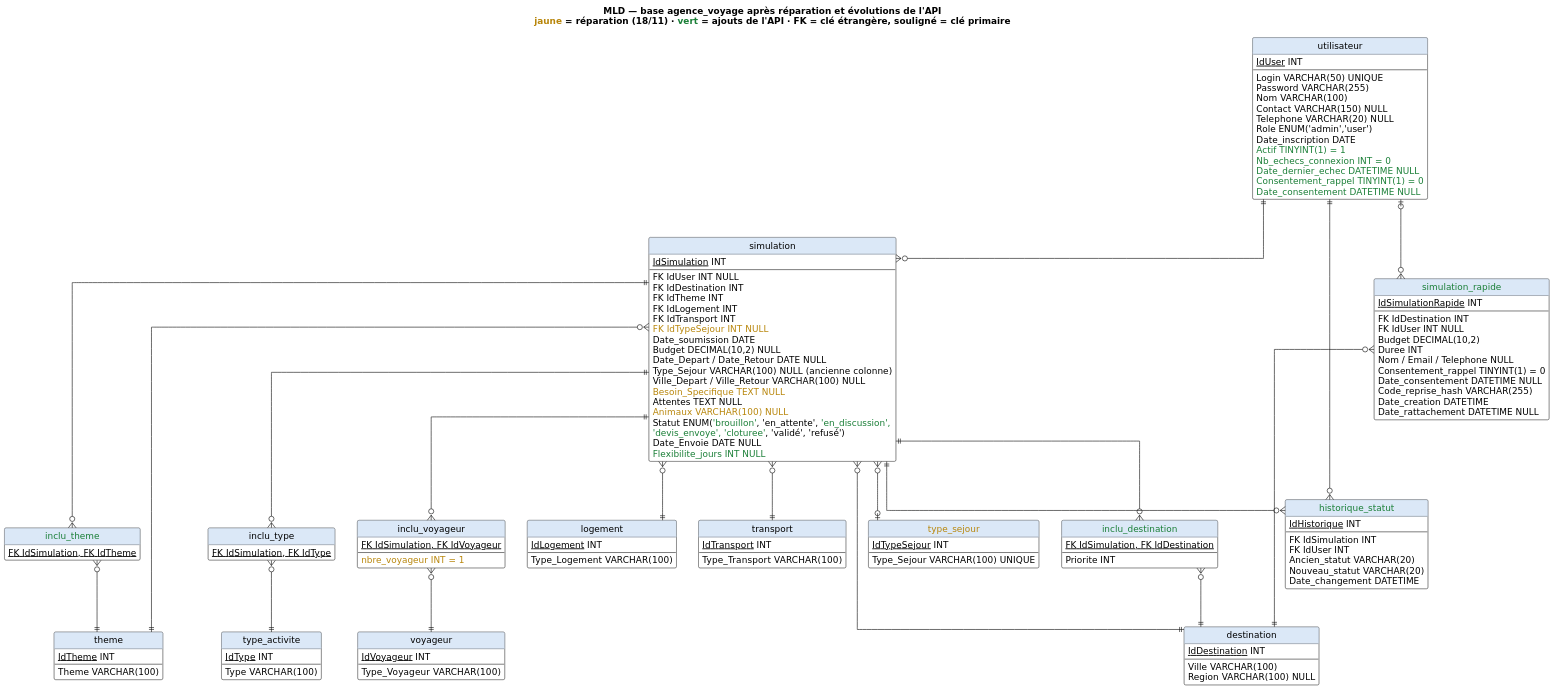
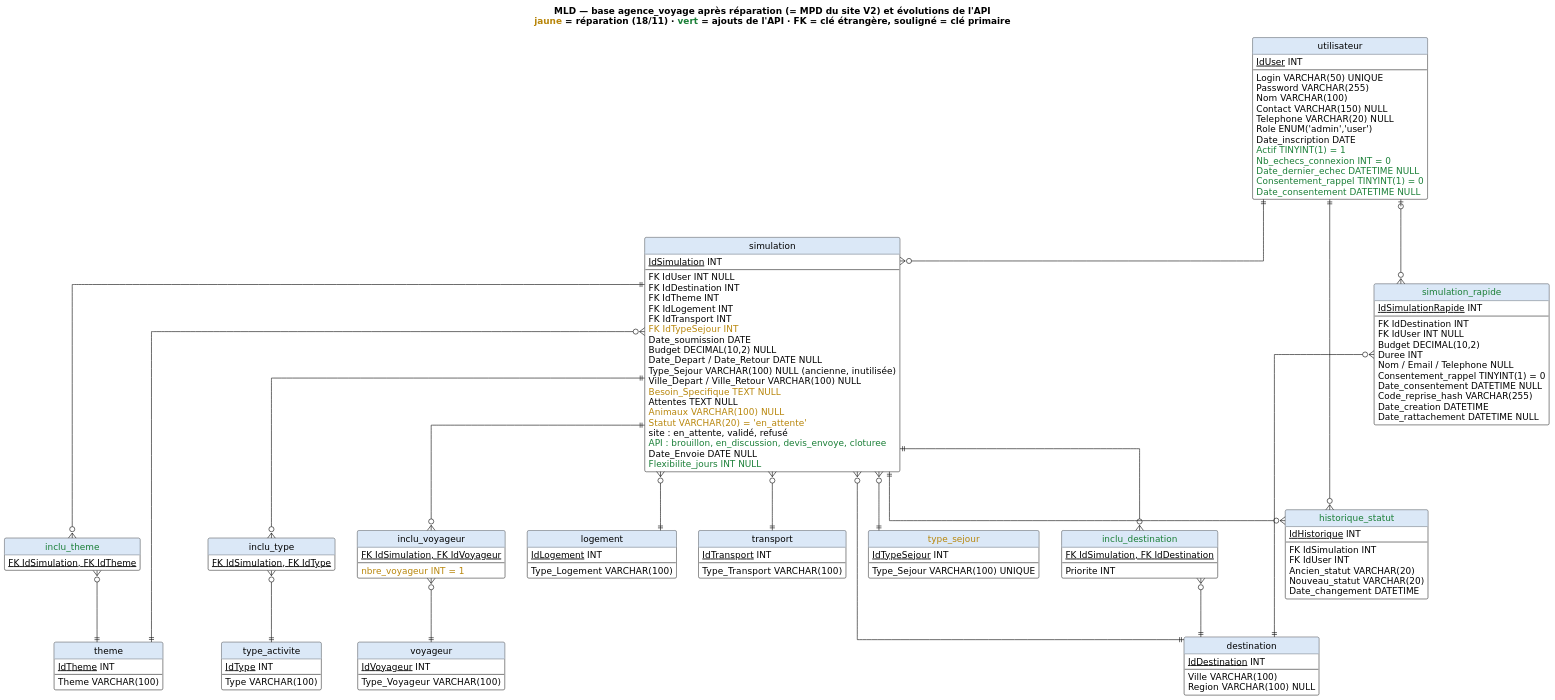
One commit to jakevlt/api-voyages-sur-mesure changed the diagram in docs/conception/sources/02-mld.puml. Above: the diagram before and after it, drawn with PlantUML. The commit also changed 7 other files, not shown here.

First line of the commit message:
fix(base): réparation alignée sur le MPD du site V2 (#1)

```diff
--- a/docs/conception/sources/02-mld.puml
+++ b/docs/conception/sources/02-mld.puml
@@ -1,152 +1,153 @@
 @startuml
 skinparam defaultFontName DejaVu Sans
 skinparam dpi 130
 skinparam linetype ortho
 skinparam shadowing false
 skinparam class {
   BackgroundColor #ffffff
   BorderColor #333333
   HeaderBackgroundColor #dbe8f7
 }
 hide circle
 hide methods
-title MLD — base agence_voyage après réparation et évolutions de l'API\n<color:#b8860b>jaune</color> = réparation (18/11) · <color:#1a7f37>vert</color> = ajouts de l'API · FK = clé étrangère, souligné = clé primaire
+title MLD — base agence_voyage après réparation (= MPD du site V2) et évolutions de l'API\n<color:#b8860b>jaune</color> = réparation (18/11) · <color:#1a7f37>vert</color> = ajouts de l'API · FK = clé étrangère, souligné = clé primaire
 
 entity "utilisateur" as U {
   <u>IdUser</u> INT
   --
   Login VARCHAR(50) UNIQUE
   Password VARCHAR(255)
   Nom VARCHAR(100)
   Contact VARCHAR(150) NULL
   Telephone VARCHAR(20) NULL
   Role ENUM('admin','user')
   Date_inscription DATE
   <color:#1a7f37>Actif TINYINT(1) = 1</color>
   <color:#1a7f37>Nb_echecs_connexion INT = 0</color>
   <color:#1a7f37>Date_dernier_echec DATETIME NULL</color>
   <color:#1a7f37>Consentement_rappel TINYINT(1) = 0</color>
   <color:#1a7f37>Date_consentement DATETIME NULL</color>
 }
 
 entity "simulation" as S {
   <u>IdSimulation</u> INT
   --
   FK IdUser INT NULL
   FK IdDestination INT
   FK IdTheme INT
   FK IdLogement INT
   FK IdTransport INT
-  <color:#b8860b>FK IdTypeSejour INT NULL</color>
+  <color:#b8860b>FK IdTypeSejour INT</color>
   Date_soumission DATE
   Budget DECIMAL(10,2) NULL
   Date_Depart / Date_Retour DATE NULL
-  Type_Sejour VARCHAR(100) NULL (ancienne colonne)
+  Type_Sejour VARCHAR(100) NULL (ancienne, inutilisée)
   Ville_Depart / Ville_Retour VARCHAR(100) NULL
   <color:#b8860b>Besoin_Specifique TEXT NULL</color>
   Attentes TEXT NULL
   <color:#b8860b>Animaux VARCHAR(100) NULL</color>
-  Statut ENUM(<color:#1a7f37>'brouillon'</color>, 'en_attente', <color:#1a7f37>'en_discussion',</color>
-    <color:#1a7f37>'devis_envoye', 'cloturee'</color>, 'validé', 'refusé')
+  <color:#b8860b>Statut VARCHAR(20) = 'en_attente'</color>
+    site : en_attente, validé, refusé
+    <color:#1a7f37>API : brouillon, en_discussion, devis_envoye, cloturee</color>
   Date_Envoie DATE NULL
   <color:#1a7f37>Flexibilite_jours INT NULL</color>
 }
 
 entity "<color:#1a7f37>simulation_rapide</color>" as SR {
   <u>IdSimulationRapide</u> INT
   --
   FK IdDestination INT
   FK IdUser INT NULL
   Budget DECIMAL(10,2)
   Duree INT
   Nom / Email / Telephone NULL
   Consentement_rappel TINYINT(1) = 0
   Date_consentement DATETIME NULL
   Code_reprise_hash VARCHAR(255)
   Date_creation DATETIME
   Date_rattachement DATETIME NULL
 }
 
 entity "<color:#1a7f37>historique_statut</color>" as H {
   <u>IdHistorique</u> INT
   --
   FK IdSimulation INT
   FK IdUser INT
   Ancien_statut VARCHAR(20)
   Nouveau_statut VARCHAR(20)
   Date_changement DATETIME
 }
 
 entity "<color:#1a7f37>inclu_destination</color>" as ID {
   <u>FK IdSimulation, FK IdDestination</u>
   --
   Priorite INT
 }
 entity "<color:#1a7f37>inclu_theme</color>" as IT {
   <u>FK IdSimulation, FK IdTheme</u>
 }
 entity "inclu_type" as ITY {
   <u>FK IdSimulation, FK IdType</u>
 }
 entity "inclu_voyageur" as IV {
   <u>FK IdSimulation, FK IdVoyageur</u>
   --
   <color:#b8860b>nbre_voyageur INT = 1</color>
 }
 
 entity "destination" as D {
   <u>IdDestination</u> INT
   --
   Ville VARCHAR(100)
   Region VARCHAR(100) NULL
 }
 entity "theme" as T {
   <u>IdTheme</u> INT
   --
   Theme VARCHAR(100)
 }
 entity "type_activite" as TA {
   <u>IdType</u> INT
   --
   Type VARCHAR(100)
 }
 entity "logement" as L {
   <u>IdLogement</u> INT
   --
   Type_Logement VARCHAR(100)
 }
 entity "transport" as TR {
   <u>IdTransport</u> INT
   --
   Type_Transport VARCHAR(100)
 }
 entity "<color:#b8860b>type_sejour</color>" as TS {
   <u>IdTypeSejour</u> INT
   --
   Type_Sejour VARCHAR(100) UNIQUE
 }
 entity "voyageur" as V {
   <u>IdVoyageur</u> INT
   --
   Type_Voyageur VARCHAR(100)
 }
 
 U ||--o{ S
 S }o--|| D
 S }o--|| T
 S }o--|| L
 S }o--|| TR
-S }o--o| TS
+S }o--|| TS
 S ||--o{ ITY
 ITY }o--|| TA
 S ||--o{ IV
 IV }o--|| V
 S ||--o{ ID
 ID }o--|| D
 S ||--o{ IT
 IT }o--|| T
 SR }o--|| D
 U |o--o{ SR
 S ||--o{ H
 U ||--o{ H
 @enduml
```
